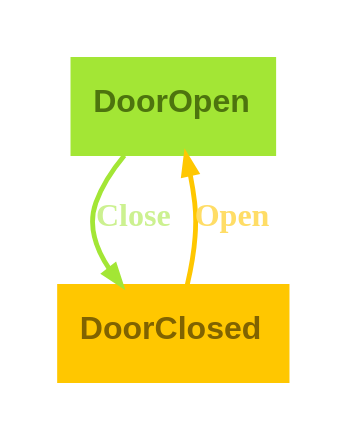
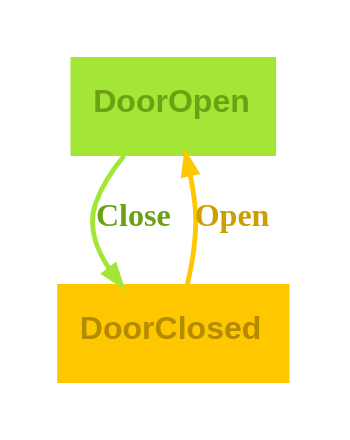
One commit to m-bock/purescript-transit changed the diagram in renders/door-dark.dot. Above: the diagram before and after it, drawn with Graphviz. The commit also changed 5 other files, not shown here.

Commit message:
Update Door example documentation and Graphviz integration; enhance state diagram generation with new options, improve links in tutorial, and refine rendering styles for better clarity and consistency.

```diff
--- a/renders/door-dark.dot
+++ b/renders/door-dark.dot
@@ -1,8 +1,8 @@
 digraph 
 {
-rankdir = "TD";fontname = "Arial";labelloc = "t";fontsize = 12;bgcolor = "#00000000";color = "#c8c8c8";fontcolor = "#c8c8c8";pad = 0.2;rankdir = "TD"
-DoorOpen [shape = "box", label = <<b>DoorOpen</b>>, fontsize = 12, style = "filled", fillcolor = "#a3e635", fontcolor = "#4d740e", color = "#a3e635", fontname = "Arial", labelloc = "c", penwidth = 1.0]
-DoorOpen -> DoorClosed [color = "#a3e635", fontcolor = "#ccf190", fontsize = 12, arrowsize = "0.7", label = <<b>Close</b>>, penwidth = 1.8]
-DoorClosed [shape = "box", label = <<b>DoorClosed</b>>, fontsize = 12, style = "filled", fillcolor = "#ffc700", fontcolor = "#806300", color = "#ffc700", fontname = "Arial", labelloc = "c", penwidth = 1.0]
-DoorClosed -> DoorOpen [color = "#ffc700", fontcolor = "#ffdd66", fontsize = 12, arrowsize = "0.7", label = <<b>Open</b>>, penwidth = 1.8]
+rankdir = "TD";fontname = "Arial";labelloc = "t";fontsize = 12;bgcolor = "#ffffff";color = "#000000";fontcolor = "#000000";pad = 0.2;rankdir = "TD"
+DoorOpen [shape = "box", label = <<b>DoorOpen</b>>, fontsize = 12, style = "filled", fillcolor = "#a3e635", fontcolor = "#6ca114", color = "#a3e635", fontname = "Arial", labelloc = "c", penwidth = 1.0]
+DoorOpen -> DoorClosed [color = "#a3e635", fontcolor = "#6ca114", fontsize = 12, arrowsize = "0.7", label = <<b>Close</b>>, penwidth = 1.8]
+DoorClosed [shape = "box", label = <<b>DoorClosed</b>>, fontsize = 12, style = "filled", fillcolor = "#ffc700", fontcolor = "#b38b00", color = "#ffc700", fontname = "Arial", labelloc = "c", penwidth = 1.0]
+DoorClosed -> DoorOpen [color = "#ffc700", fontcolor = "#cc9f00", fontsize = 12, arrowsize = "0.7", label = <<b>Open</b>>, penwidth = 1.8]
 }
```
